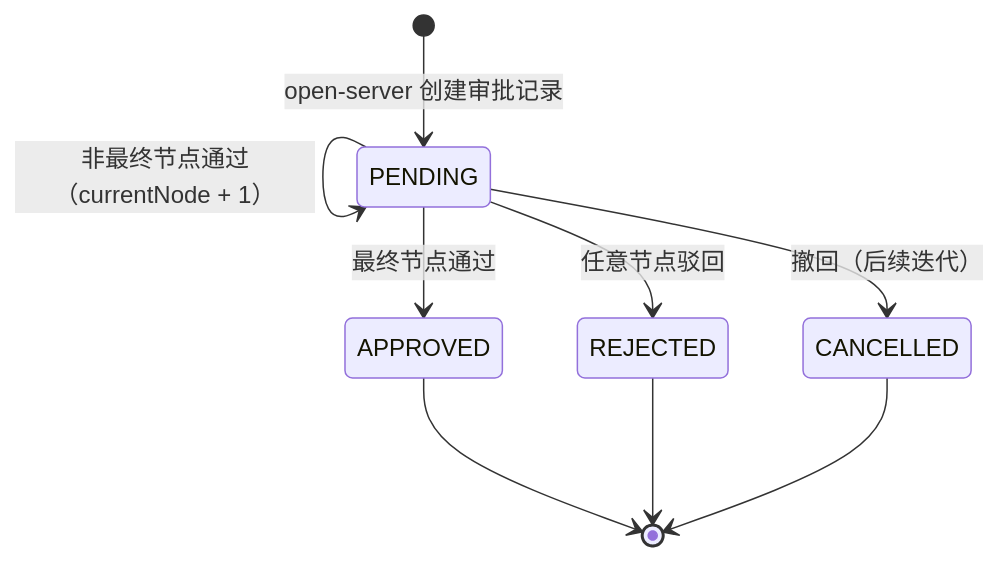
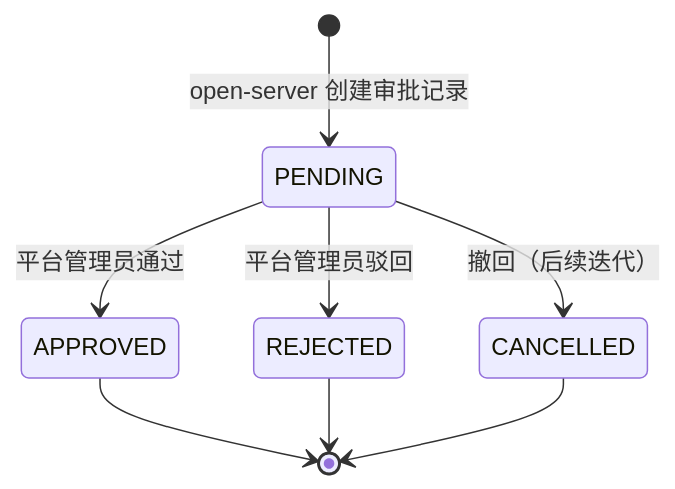
Before and after one commit to THZSummer/open-app: the diagram in docs/market-server/app-version-approval-spec.md, drawn with Mermaid. The commit also changed other lines of this file and 5 other files, not shown here.

````diff
--- a/docs/market-server/app-version-approval-spec.md
+++ b/docs/market-server/app-version-approval-spec.md
@@ -1156,11 +1150,10 @@
 ```mermaid
 stateDiagram-v2
     [*] --> PENDING: open-server 创建审批记录
-    PENDING --> PENDING: 非最终节点通过（currentNode + 1）
-    PENDING --> APPROVED: 最终节点通过
-    PENDING --> REJECTED: 任意节点驳回
+    PENDING --> APPROVED: 平台管理员通过
+    PENDING --> REJECTED: 平台管理员驳回
     PENDING --> CANCELLED: 撤回（后续迭代）
     APPROVED --> [*]
     REJECTED --> [*]
     CANCELLED --> [*]
 ```
````
